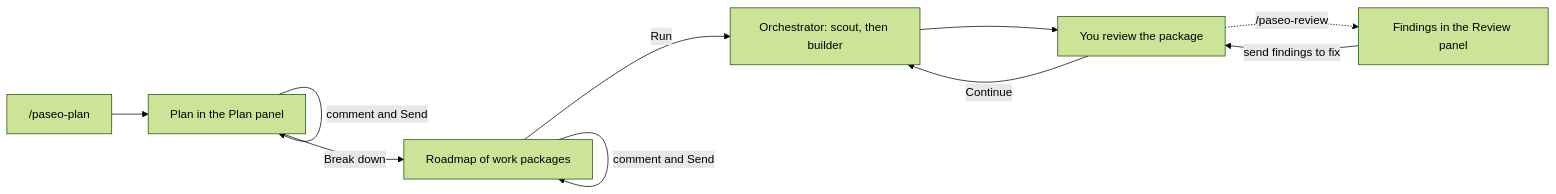
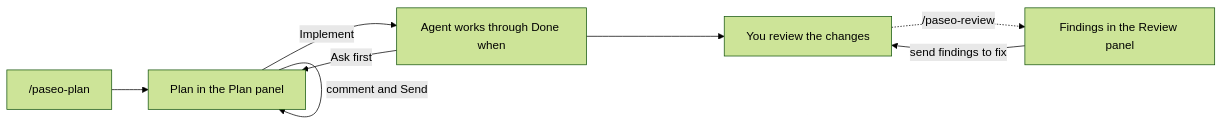
The diagram in README.md (wllnu/paseo-plugins), drawn with Mermaid (forest theme) before and after one commit. The commit also changed other lines of this file and 4 other files, not shown here.

Commit message:
feat: review panel comment field

````diff
--- a/README.md
+++ b/README.md
@@ -60,12 +61,10 @@
 ```mermaid
 flowchart LR
   ask["/paseo-plan"] --> plan["Plan in the Plan panel"]
   plan -- "comment and Send" --> plan
-  plan -- "Break down" --> roadmap["Roadmap of work packages"]
-  roadmap -- "comment and Send" --> roadmap
-  roadmap -- "Run" --> build["Orchestrator: scout, then builder"]
-  build --> check["You review the package"]
-  check -- "Continue" --> build
+  plan -- "Implement" --> build["Agent works through Done when"]
+  build -- "Ask first" --> plan
+  build --> check["You review the changes"]
   check -. "/paseo-review" .-> review["Findings in the Review panel"]
   review -- "send findings to fix" --> check
 ```
````
